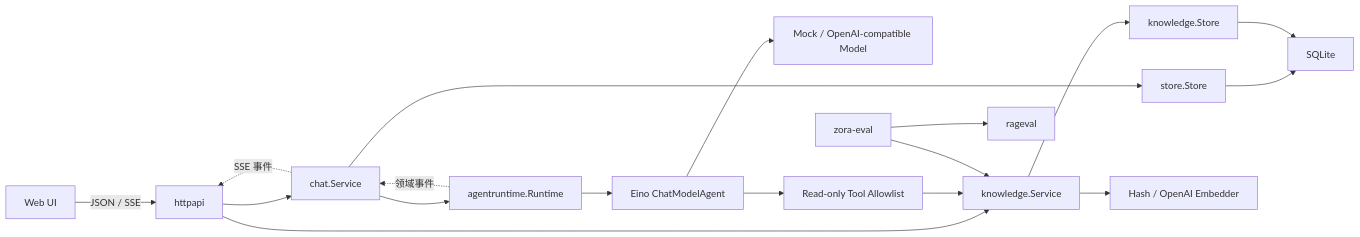
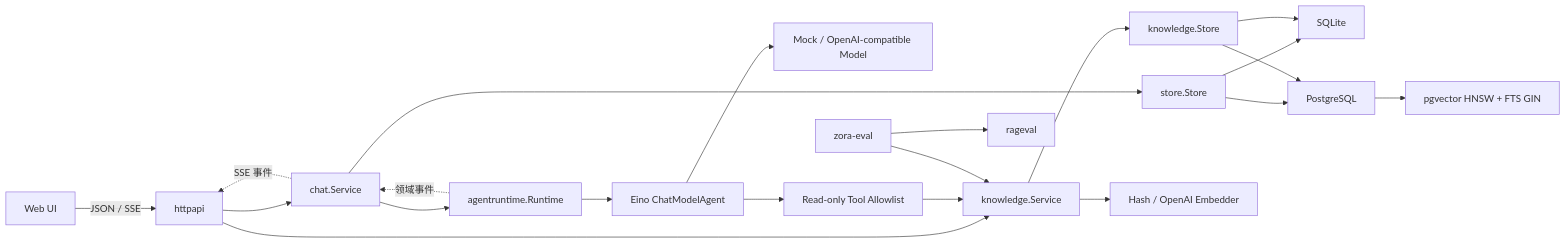
Before and after one commit to zora-DD/zora: the fourth of 4 diagrams in docs/project-analysis.md, drawn with Mermaid. The commit also changed other lines of this file and 23 other files, not shown here.

Commit message:
feat: add PostgreSQL pgvector storage

````diff
--- a/docs/project-analysis.md
+++ b/docs/project-analysis.md
@@ -280,21 +281,24 @@
 ```mermaid
 flowchart LR
     Browser["Web UI"] -->|"JSON / SSE"| HTTP["httpapi"]
     HTTP --> Chat["chat.Service"]
     HTTP --> Knowledge["knowledge.Service"]
     Chat --> Runtime["agentruntime.Runtime"]
     Runtime --> ADK["Eino ChatModelAgent"]
     ADK --> Model["Mock / OpenAI-compatible Model"]
     ADK --> Tools["Read-only Tool Allowlist"]
     Tools --> Knowledge
     Chat --> Store["store.Store"]
     Knowledge --> KStore["knowledge.Store"]
     Store --> SQLite["SQLite"]
     KStore --> SQLite
+    Store --> PostgreSQL["PostgreSQL"]
+    KStore --> PostgreSQL
+    PostgreSQL --> PGVector["pgvector HNSW + FTS GIN"]
     Knowledge --> Embedder["Hash / OpenAI Embedder"]
     EvalCLI["zora-eval"] --> RAGEval["rageval"]
     EvalCLI --> Knowledge
 
     Runtime -. "领域事件" .-> Chat
     Chat -. "SSE 事件" .-> HTTP
 ```
````
